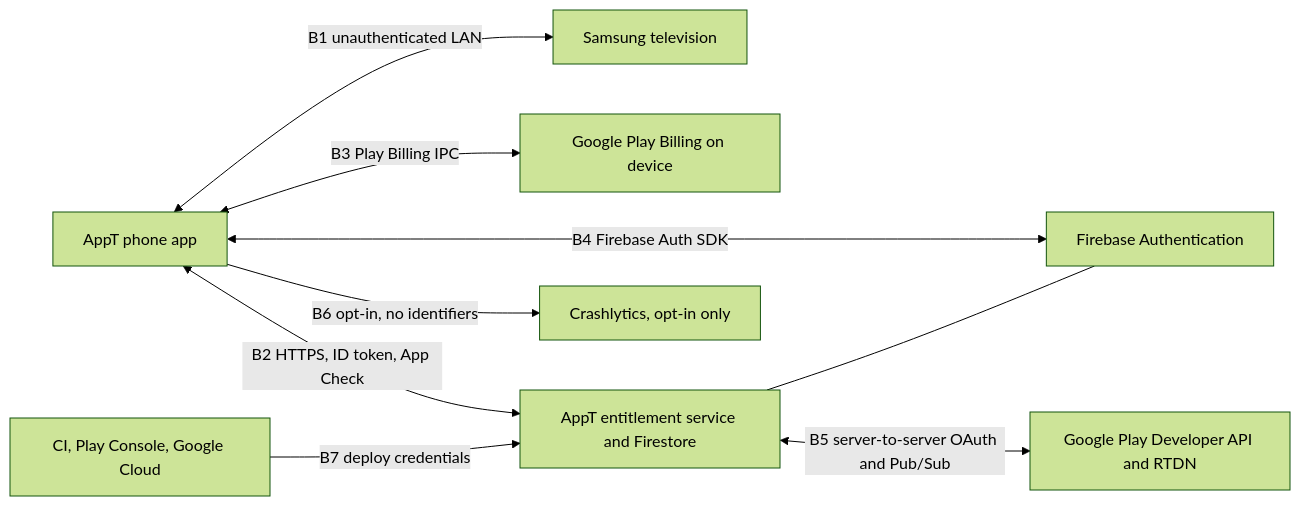
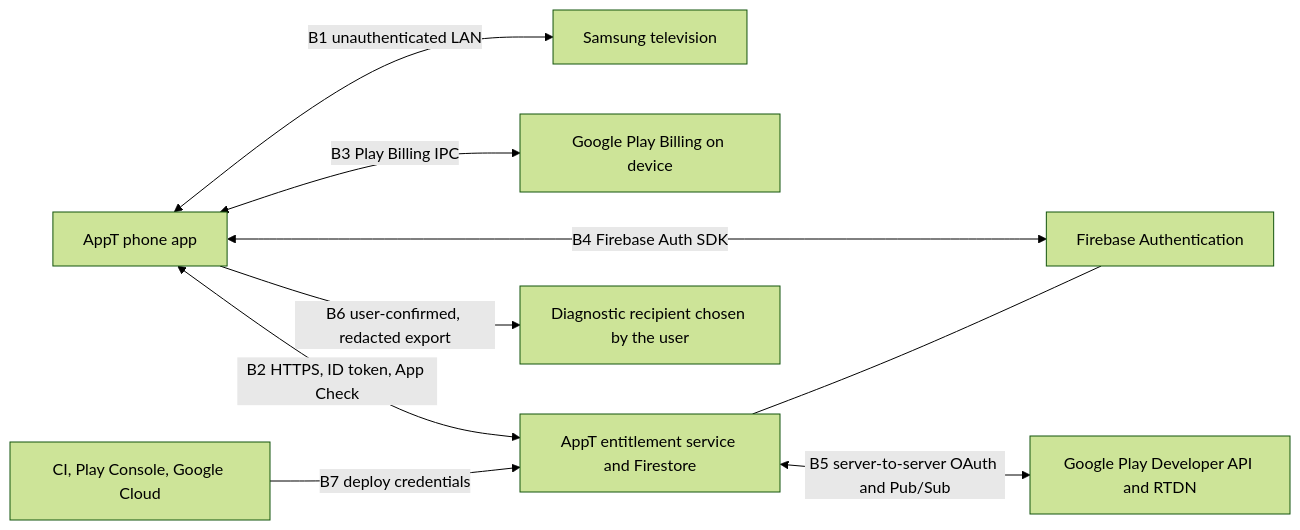
Before and after one commit to anthracite-labs/AppT: the diagram in docs/architecture/security.md, drawn with Mermaid (forest theme). The commit also changed other lines of this file and 17 other files, not shown here.

````diff
--- a/docs/architecture/security.md
+++ b/docs/architecture/security.md
@@ -38,20 +38,19 @@
 ```mermaid
 flowchart LR
   tv["Samsung television"]
   phone["AppT phone app"]
   play["Google Play Billing on device"]
   auth["Firebase Authentication"]
   backend["AppT entitlement service and Firestore"]
   playapi["Google Play Developer API and RTDN"]
-  crash["Crashlytics, opt-in only"]
   ci["CI, Play Console, Google Cloud"]
 
   phone <-->|"B1 unauthenticated LAN"| tv
   phone <-->|"B2 HTTPS, ID token, App Check"| backend
   phone <-->|"B3 Play Billing IPC"| play
   phone <-->|"B4 Firebase Auth SDK"| auth
   backend <-->|"B5 server-to-server OAuth and Pub/Sub"| playapi
-  phone -->|"B6 opt-in, no identifiers"| crash
+  phone -->|"B6 user-confirmed, redacted export"| outside["Diagnostic recipient chosen by the user"]
   ci -->|"B7 deploy credentials"| backend
   backend --- auth
 ```
````
